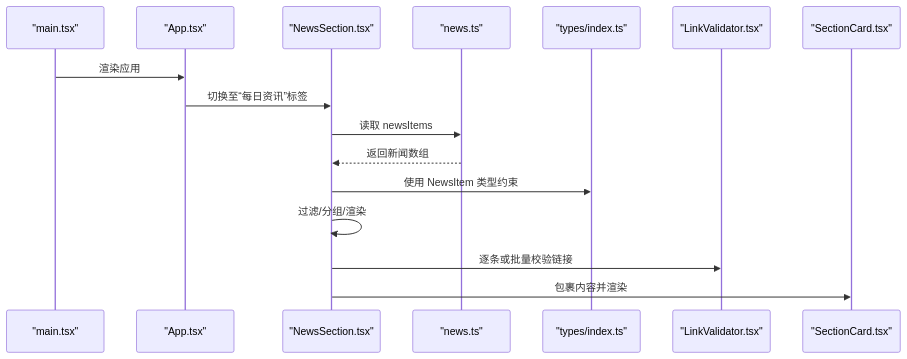
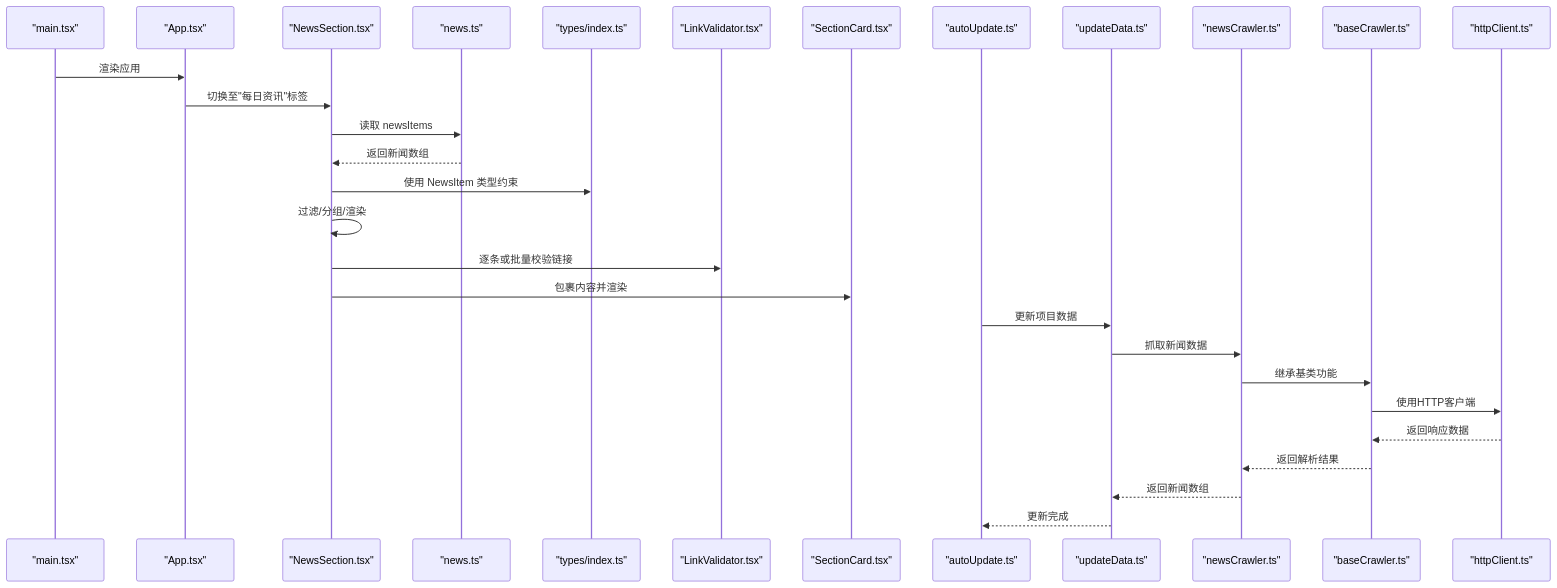
Before and after one commit to liangxuanliang-cmd/carbon-info-agent: the second of 7 diagrams in .qoder/repowiki/zh/content/数据管理/新闻数据管理/新闻数据管理.md, drawn with Mermaid. The commit also changed other lines of this file and 7 other files, not shown here.

````diff
--- a/.qoder/repowiki/zh/content/数据管理/新闻数据管理/新闻数据管理.md
+++ b/.qoder/repowiki/zh/content/数据管理/新闻数据管理/新闻数据管理.md
@@ -93,18 +125,31 @@
 ```mermaid
 sequenceDiagram
 participant Main as "main.tsx"
 participant App as "App.tsx"
 participant NewsSec as "NewsSection.tsx"
 participant NewsData as "news.ts"
 participant Types as "types/index.ts"
 participant LinkVal as "LinkValidator.tsx"
 participant Card as "SectionCard.tsx"
+participant AutoUpdate as "autoUpdate.ts"
+participant UpdateData as "updateData.ts"
+participant NewsCrawler as "newsCrawler.ts"
+participant BaseCrawler as "baseCrawler.ts"
+participant HttpClient as "httpClient.ts"
 Main->>App : 渲染应用
-App->>NewsSec : 切换至“每日资讯”标签
+App->>NewsSec : 切换至"每日资讯"标签
 NewsSec->>NewsData : 读取 newsItems
 NewsData-->>NewsSec : 返回新闻数组
 NewsSec->>Types : 使用 NewsItem 类型约束
 NewsSec->>NewsSec : 过滤/分组/渲染
 NewsSec->>LinkVal : 逐条或批量校验链接
 NewsSec->>Card : 包裹内容并渲染
+AutoUpdate->>UpdateData : 更新项目数据
+UpdateData->>NewsCrawler : 抓取新闻数据
+NewsCrawler->>BaseCrawler : 继承基类功能
+BaseCrawler->>HttpClient : 使用HTTP客户端
+HttpClient-->>BaseCrawler : 返回响应数据
+BaseCrawler-->>NewsCrawler : 返回解析结果
+NewsCrawler-->>UpdateData : 返回新闻数组
+UpdateData-->>AutoUpdate : 更新完成
 ```
````
